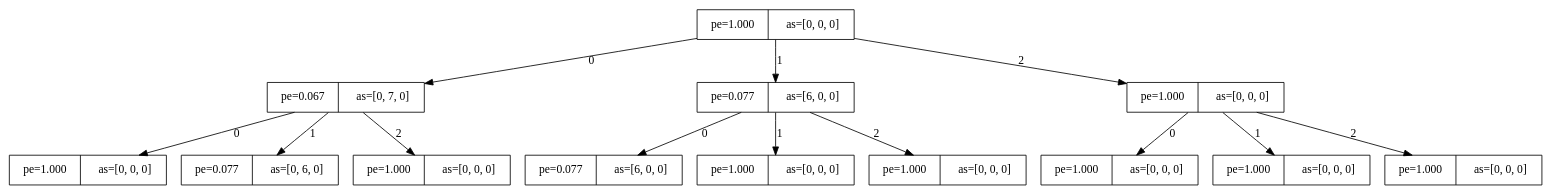
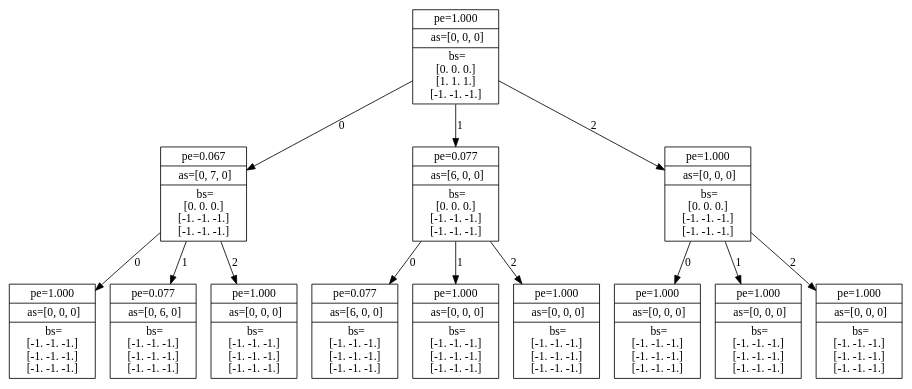
One commit to paulcacheux/ctw changed the diagram in tree.dot. Above: the diagram before and after it, drawn with Graphviz. The commit also changed 2 other files, not shown here.

Commit message:
Better graphviz display

```diff
--- a/tree.dot
+++ b/tree.dot
@@ -1,28 +1,28 @@
 digraph nodes {
 	node [shape=record];
-	name0 [label="pe=1.000 | as=[0, 0, 0]"];
-	name1 [label="pe=0.067 | as=[0, 7, 0]"];
-	name2 [label="pe=1.000 | as=[0, 0, 0]"];
+	name0 [label="{pe=1.000 | as=[0, 0, 0] | bs=\n[0. 0. 0.]\n[1. 1. 1.]\n[-1. -1. -1.]\n}"];
+	name1 [label="{pe=0.067 | as=[0, 7, 0] | bs=\n[0. 0. 0.]\n[-1. -1. -1.]\n[-1. -1. -1.]\n}"];
+	name2 [label="{pe=1.000 | as=[0, 0, 0] | bs=\n[-1. -1. -1.]\n[-1. -1. -1.]\n[-1. -1. -1.]\n}"];
 	name1 -> name2 [label=0];
-	name3 [label="pe=0.077 | as=[0, 6, 0]"];
+	name3 [label="{pe=0.077 | as=[0, 6, 0] | bs=\n[-1. -1. -1.]\n[-1. -1. -1.]\n[-1. -1. -1.]\n}"];
 	name1 -> name3 [label=1];
-	name4 [label="pe=1.000 | as=[0, 0, 0]"];
+	name4 [label="{pe=1.000 | as=[0, 0, 0] | bs=\n[-1. -1. -1.]\n[-1. -1. -1.]\n[-1. -1. -1.]\n}"];
 	name1 -> name4 [label=2];
 	name0 -> name1 [label=0];
-	name5 [label="pe=0.077 | as=[6, 0, 0]"];
-	name6 [label="pe=0.077 | as=[6, 0, 0]"];
+	name5 [label="{pe=0.077 | as=[6, 0, 0] | bs=\n[0. 0. 0.]\n[-1. -1. -1.]\n[-1. -1. -1.]\n}"];
+	name6 [label="{pe=0.077 | as=[6, 0, 0] | bs=\n[-1. -1. -1.]\n[-1. -1. -1.]\n[-1. -1. -1.]\n}"];
 	name5 -> name6 [label=0];
-	name7 [label="pe=1.000 | as=[0, 0, 0]"];
+	name7 [label="{pe=1.000 | as=[0, 0, 0] | bs=\n[-1. -1. -1.]\n[-1. -1. -1.]\n[-1. -1. -1.]\n}"];
 	name5 -> name7 [label=1];
-	name8 [label="pe=1.000 | as=[0, 0, 0]"];
+	name8 [label="{pe=1.000 | as=[0, 0, 0] | bs=\n[-1. -1. -1.]\n[-1. -1. -1.]\n[-1. -1. -1.]\n}"];
 	name5 -> name8 [label=2];
 	name0 -> name5 [label=1];
-	name9 [label="pe=1.000 | as=[0, 0, 0]"];
-	name10 [label="pe=1.000 | as=[0, 0, 0]"];
+	name9 [label="{pe=1.000 | as=[0, 0, 0] | bs=\n[0. 0. 0.]\n[-1. -1. -1.]\n[-1. -1. -1.]\n}"];
+	name10 [label="{pe=1.000 | as=[0, 0, 0] | bs=\n[-1. -1. -1.]\n[-1. -1. -1.]\n[-1. -1. -1.]\n}"];
 	name9 -> name10 [label=0];
-	name11 [label="pe=1.000 | as=[0, 0, 0]"];
+	name11 [label="{pe=1.000 | as=[0, 0, 0] | bs=\n[-1. -1. -1.]\n[-1. -1. -1.]\n[-1. -1. -1.]\n}"];
 	name9 -> name11 [label=1];
-	name12 [label="pe=1.000 | as=[0, 0, 0]"];
+	name12 [label="{pe=1.000 | as=[0, 0, 0] | bs=\n[-1. -1. -1.]\n[-1. -1. -1.]\n[-1. -1. -1.]\n}"];
 	name9 -> name12 [label=2];
 	name0 -> name9 [label=2];
 }
```
